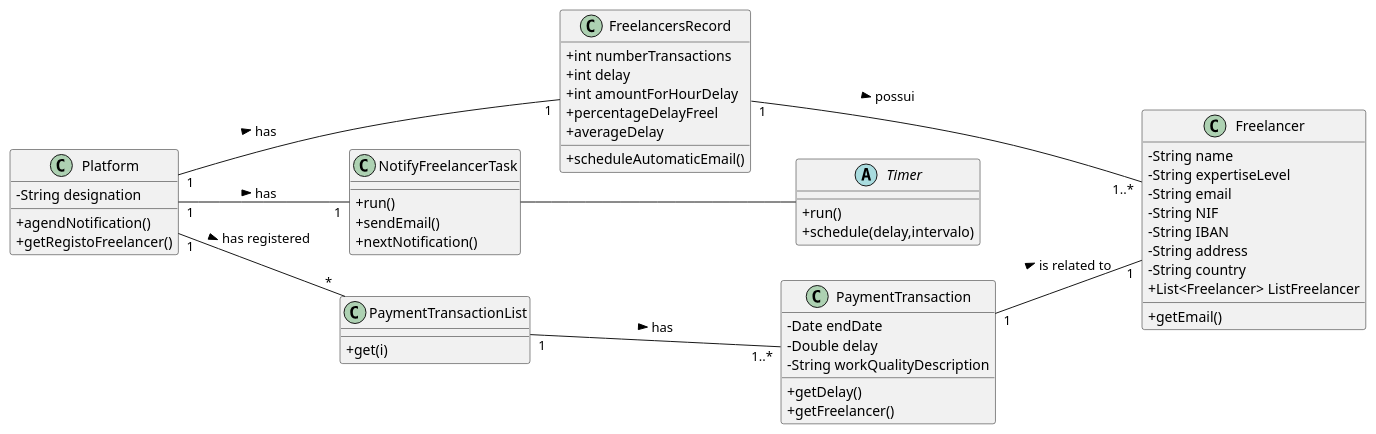
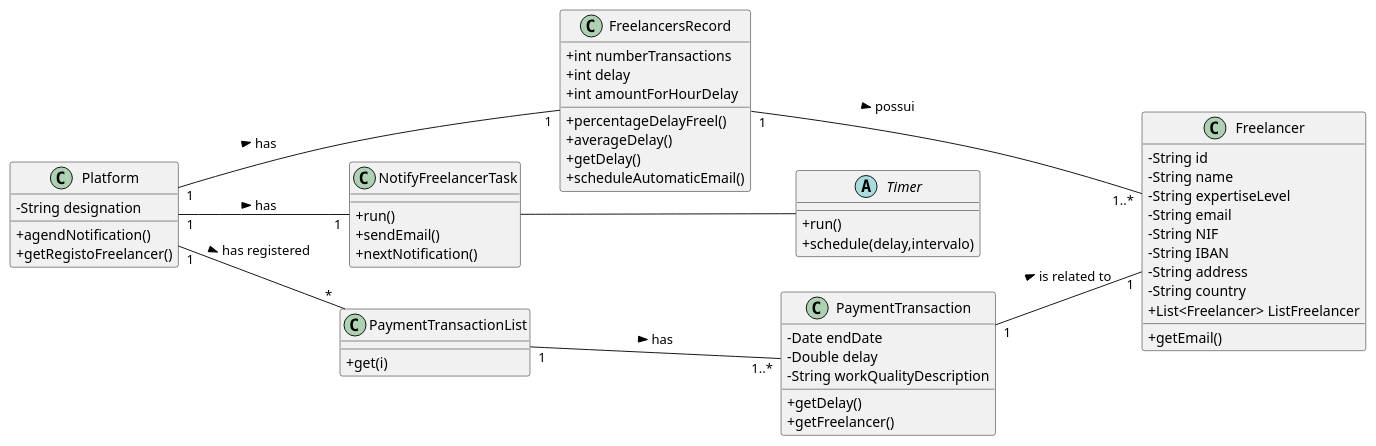
One commit to pedrolemos4/LAPR2 changed the diagram in docs/UC10 - Notify delayed freelancers (automatically)/UC10_CD.puml. Above: the diagram before and after it, drawn with PlantUML. The commit also changed 3 other files, not shown here.

```diff
--- a/docs/UC10 - Notify delayed freelancers (automatically)/UC10_CD.puml
+++ b/docs/UC10 - Notify delayed freelancers (automatically)/UC10_CD.puml
@@ -1,69 +1,71 @@
 @startuml
 skinparam classAttributeIconSize 0
 left to right direction
 
 class Platform {
   -String designation
   +agendNotification()
   +getRegistoFreelancer()
 }
 
 class FreelancersRecord{
   +int numberTransactions
   +int delay
   +int amountForHourDelay
-  +percentageDelayFreel
-  +averageDelay
+  +percentageDelayFreel()
+  +averageDelay()
+  +getDelay()
   +scheduleAutomaticEmail()
 }
 
 abstract Timer {
   +run()
   +schedule(delay,intervalo)
 }
 
 class NotifyFreelancerTask {
   +run() 
   +sendEmail()
   +nextNotification()
 }
 
 class Freelancer {
+  -String id
   -String name
   -String expertiseLevel
   -String email
   -String NIF
   -String IBAN
   -String address
   -String country
   +getEmail()
   +List<Freelancer> ListFreelancer
   }
 
 class PaymentTransaction{
  -Date endDate
  -Double delay
  -String workQualityDescription
   +getDelay()
   +getFreelancer()
 }
 
 class PaymentTransactionList {
   +get(i) 
 }
 
 
 Platform "1" -- "*" PaymentTransactionList : has registered >
 Platform "1" -- "1" NotifyFreelancerTask : has >
 Platform "1" -- "1" FreelancersRecord : has >
 
 NotifyFreelancerTask  --  Timer 
 
 FreelancersRecord "1" -- "1..*" Freelancer : possui >
 
 PaymentTransaction "1" -- "1" Freelancer: is related to >
 
 PaymentTransactionList "1" -- "1..*" PaymentTransaction : has >
 
 
 @enduml
```
